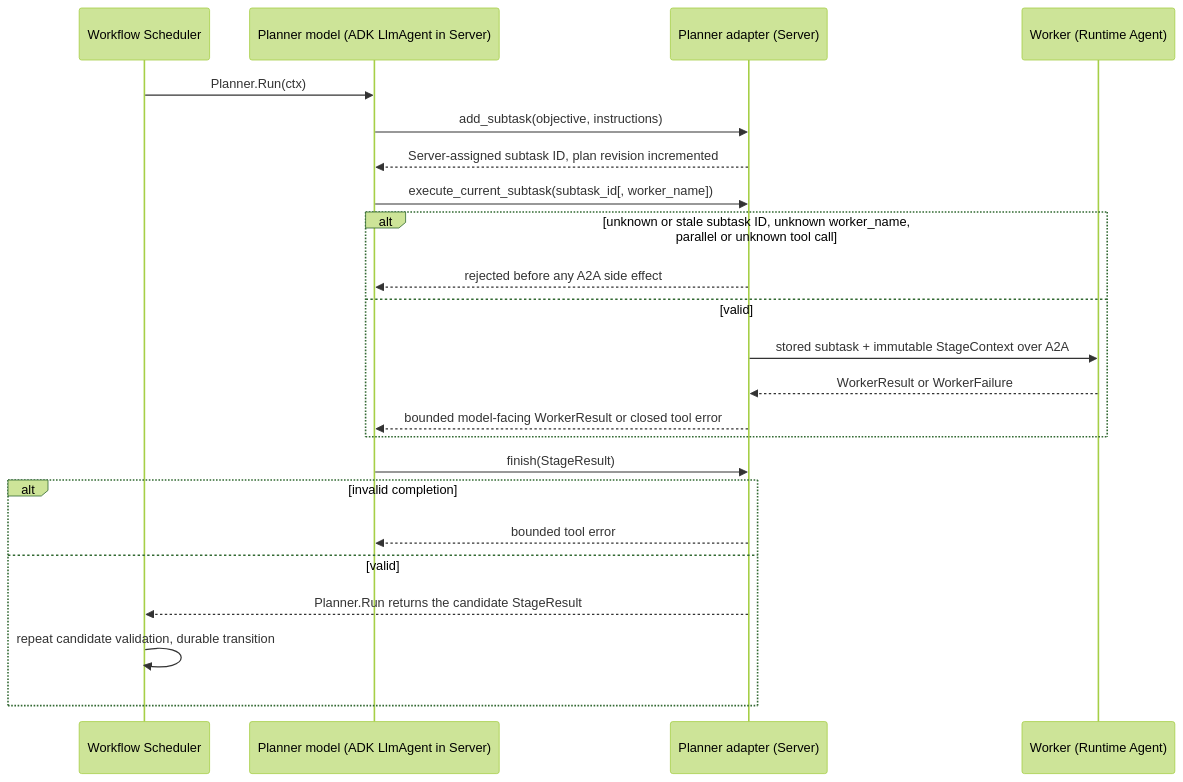
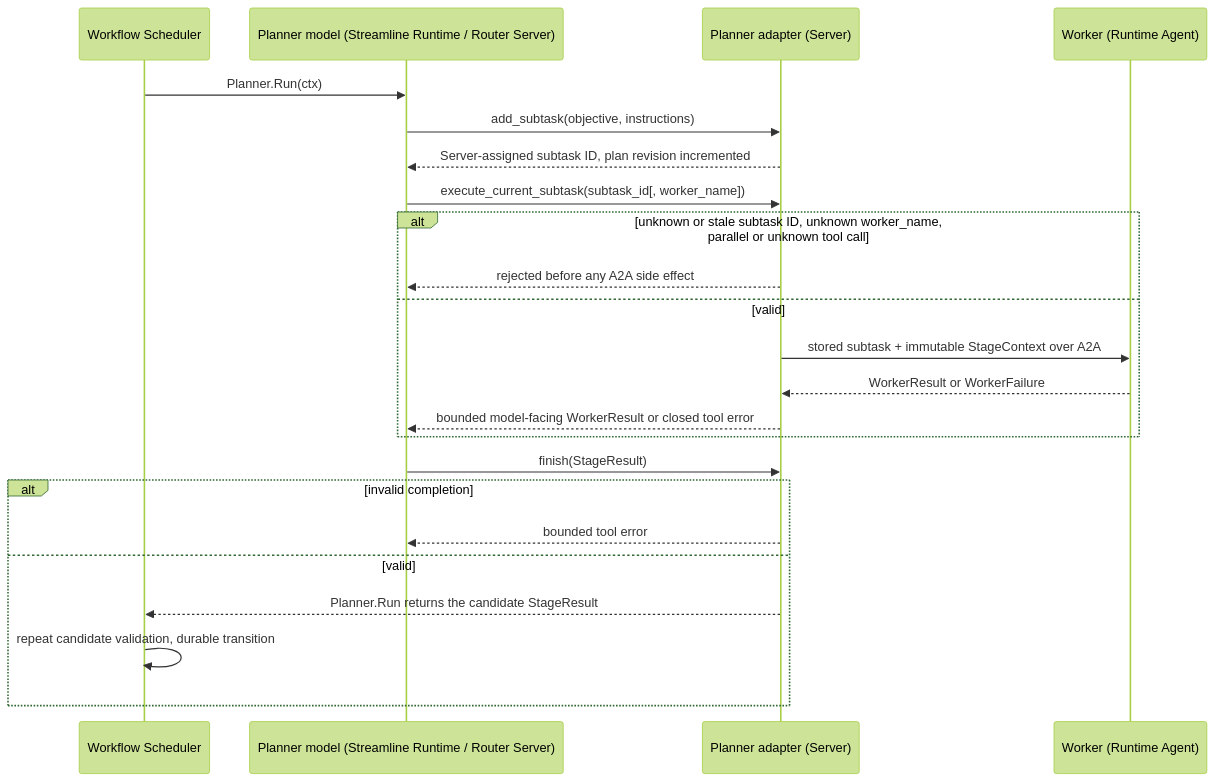
One commit to grauwolf32/contractor changed the first of 2 diagrams in docs/spec/execution/planners.md. Above: the diagram before and after it, drawn with Mermaid (forest theme). The commit also changed other lines of this file and 126 other files, not shown here.

Commit message:
feat(runtime): execute Streamline in Planner allocations (V488-002)

````diff
--- a/docs/spec/execution/planners.md
+++ b/docs/spec/execution/planners.md
@@ -121,25 +121,25 @@
 ```mermaid
 sequenceDiagram
     participant S as Workflow Scheduler
-    participant M as Planner model (ADK LlmAgent in Server)
+    participant M as Planner model (Streamline Runtime / Router Server)
     participant A as Planner adapter (Server)
     participant W as Worker (Runtime Agent)
     S->>M: Planner.Run(ctx)
     M->>A: add_subtask(objective, instructions)
     A-->>M: Server-assigned subtask ID, plan revision incremented
     M->>A: execute_current_subtask(subtask_id[, worker_name])
     alt unknown or stale subtask ID, unknown worker_name, parallel or unknown tool call
         A-->>M: rejected before any A2A side effect
     else valid
         A->>W: stored subtask + immutable StageContext over A2A
         W-->>A: WorkerResult or WorkerFailure
         A-->>M: bounded model-facing WorkerResult or closed tool error
     end
     M->>A: finish(StageResult)
     alt invalid completion
         A-->>M: bounded tool error
     else valid
         A-->>S: Planner.Run returns the candidate StageResult
         S->>S: repeat candidate validation, durable transition
     end
 ```
````
